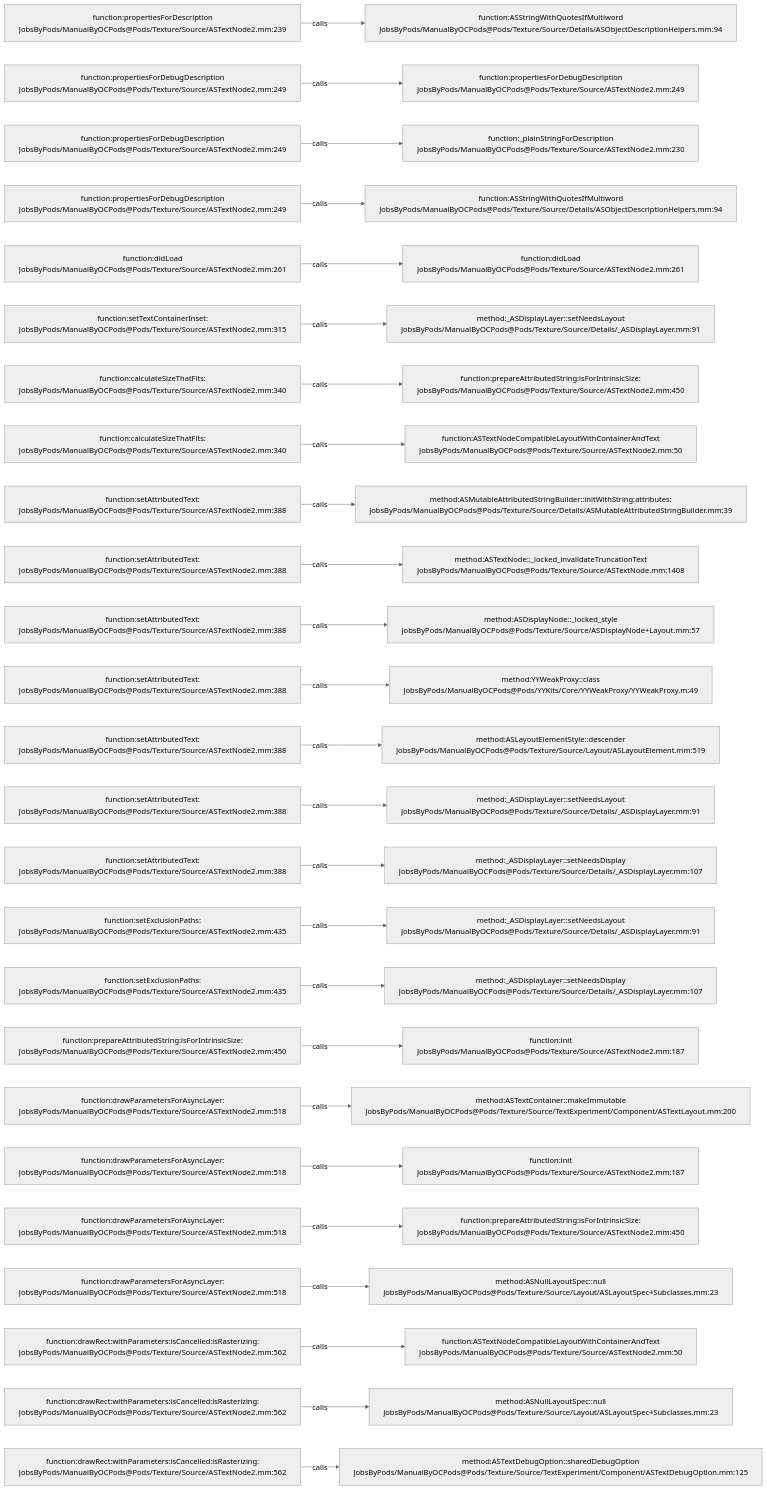
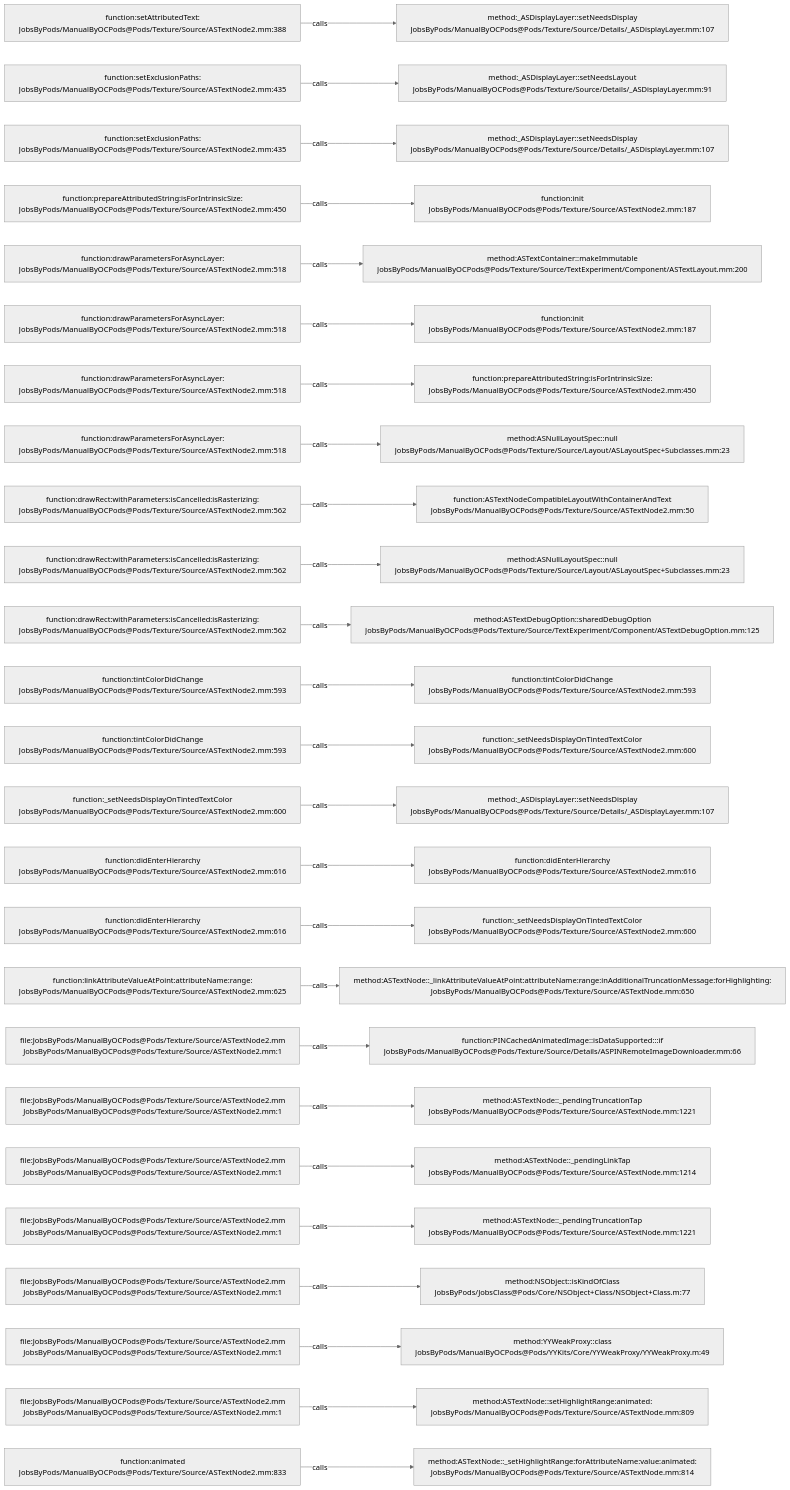
One commit to JobsKits/JobsOCBaseConfigDemo changed the diagram in .codegraph/codegraph.md/graphs/calls-141.md. Above: the diagram before and after it, drawn with Mermaid (neutral theme). The commit also changed 296 other files, not shown here.

````diff
--- a/.codegraph/codegraph.md/graphs/calls-141.md
+++ b/.codegraph/codegraph.md/graphs/calls-141.md
@@ -13,78 +13,78 @@
 ```mermaid
 flowchart LR
-  S1["function:propertiesForDescription<br/>JobsByPods/ManualByOCPods@Pods/Texture/Source/ASTextNode2.mm:239"]
-  T1["function:ASStringWithQuotesIfMultiword<br/>JobsByPods/ManualByOCPods@Pods/Texture/Source/Details/ASObjectDescriptionHelpers.mm:94"]
+  S1["function:setAttributedText:<br/>JobsByPods/ManualByOCPods@Pods/Texture/Source/ASTextNode2.mm:388"]
+  T1["method:_ASDisplayLayer::setNeedsDisplay<br/>JobsByPods/ManualByOCPods@Pods/Texture/Source/Details/_ASDisplayLayer.mm:107"]
   S1 -->|calls| T1
-  S2["function:propertiesForDebugDescription<br/>JobsByPods/ManualByOCPods@Pods/Texture/Source/ASTextNode2.mm:249"]
-  T2["function:propertiesForDebugDescription<br/>JobsByPods/ManualByOCPods@Pods/Texture/Source/ASTextNode2.mm:249"]
+  S2["function:setExclusionPaths:<br/>JobsByPods/ManualByOCPods@Pods/Texture/Source/ASTextNode2.mm:435"]
+  T2["method:_ASDisplayLayer::setNeedsLayout<br/>JobsByPods/ManualByOCPods@Pods/Texture/Source/Details/_ASDisplayLayer.mm:91"]
   S2 -->|calls| T2
-  S3["function:propertiesForDebugDescription<br/>JobsByPods/ManualByOCPods@Pods/Texture/Source/ASTextNode2.mm:249"]
-  T3["function:_plainStringForDescription<br/>JobsByPods/ManualByOCPods@Pods/Texture/Source/ASTextNode2.mm:230"]
+  S3["function:setExclusionPaths:<br/>JobsByPods/ManualByOCPods@Pods/Texture/Source/ASTextNode2.mm:435"]
+  T3["method:_ASDisplayLayer::setNeedsDisplay<br/>JobsByPods/ManualByOCPods@Pods/Texture/Source/Details/_ASDisplayLayer.mm:107"]
   S3 -->|calls| T3
-  S4["function:propertiesForDebugDescription<br/>JobsByPods/ManualByOCPods@Pods/Texture/Source/ASTextNode2.mm:249"]
-  T4["function:ASStringWithQuotesIfMultiword<br/>JobsByPods/ManualByOCPods@Pods/Texture/Source/Details/ASObjectDescriptionHelpers.mm:94"]
+  S4["function:prepareAttributedString:isForIntrinsicSize:<br/>JobsByPods/ManualByOCPods@Pods/Texture/Source/ASTextNode2.mm:450"]
+  T4["function:init<br/>JobsByPods/ManualByOCPods@Pods/Texture/Source/ASTextNode2.mm:187"]
   S4 -->|calls| T4
-  S5["function:didLoad<br/>JobsByPods/ManualByOCPods@Pods/Texture/Source/ASTextNode2.mm:261"]
-  T5["function:didLoad<br/>JobsByPods/ManualByOCPods@Pods/Texture/Source/ASTextNode2.mm:261"]
+  S5["function:drawParametersForAsyncLayer:<br/>JobsByPods/ManualByOCPods@Pods/Texture/Source/ASTextNode2.mm:518"]
+  T5["method:ASTextContainer::makeImmutable<br/>JobsByPods/ManualByOCPods@Pods/Texture/Source/TextExperiment/Component/ASTextLayout.mm:200"]
   S5 -->|calls| T5
-  S6["function:setTextContainerInset:<br/>JobsByPods/ManualByOCPods@Pods/Texture/Source/ASTextNode2.mm:315"]
-  T6["method:_ASDisplayLayer::setNeedsLayout<br/>JobsByPods/ManualByOCPods@Pods/Texture/Source/Details/_ASDisplayLayer.mm:91"]
+  S6["function:drawParametersForAsyncLayer:<br/>JobsByPods/ManualByOCPods@Pods/Texture/Source/ASTextNode2.mm:518"]
+  T6["function:init<br/>JobsByPods/ManualByOCPods@Pods/Texture/Source/ASTextNode2.mm:187"]
   S6 -->|calls| T6
-  S7["function:calculateSizeThatFits:<br/>JobsByPods/ManualByOCPods@Pods/Texture/Source/ASTextNode2.mm:340"]
+  S7["function:drawParametersForAsyncLayer:<br/>JobsByPods/ManualByOCPods@Pods/Texture/Source/ASTextNode2.mm:518"]
   T7["function:prepareAttributedString:isForIntrinsicSize:<br/>JobsByPods/ManualByOCPods@Pods/Texture/Source/ASTextNode2.mm:450"]
   S7 -->|calls| T7
-  S8["function:calculateSizeThatFits:<br/>JobsByPods/ManualByOCPods@Pods/Texture/Source/ASTextNode2.mm:340"]
-  T8["function:ASTextNodeCompatibleLayoutWithContainerAndText<br/>JobsByPods/ManualByOCPods@Pods/Texture/Source/ASTextNode2.mm:50"]
+  S8["function:drawParametersForAsyncLayer:<br/>JobsByPods/ManualByOCPods@Pods/Texture/Source/ASTextNode2.mm:518"]
+  T8["method:ASNullLayoutSpec::null<br/>JobsByPods/ManualByOCPods@Pods/Texture/Source/Layout/ASLayoutSpec+Subclasses.mm:23"]
   S8 -->|calls| T8
-  S9["function:setAttributedText:<br/>JobsByPods/ManualByOCPods@Pods/Texture/Source/ASTextNode2.mm:388"]
-  T9["method:ASMutableAttributedStringBuilder::initWithString:attributes:<br/>JobsByPods/ManualByOCPods@Pods/Texture/Source/Details/ASMutableAttributedStringBuilder.mm:39"]
+  S9["function:drawRect:withParameters:isCancelled:isRasterizing:<br/>JobsByPods/ManualByOCPods@Pods/Texture/Source/ASTextNode2.mm:562"]
+  T9["function:ASTextNodeCompatibleLayoutWithContainerAndText<br/>JobsByPods/ManualByOCPods@Pods/Texture/Source/ASTextNode2.mm:50"]
   S9 -->|calls| T9
-  S10["function:setAttributedText:<br/>JobsByPods/ManualByOCPods@Pods/Texture/Source/ASTextNode2.mm:388"]
-  T10["method:ASTextNode::_locked_invalidateTruncationText<br/>JobsByPods/ManualByOCPods@Pods/Texture/Source/ASTextNode.mm:1408"]
+  S10["function:drawRect:withParameters:isCancelled:isRasterizing:<br/>JobsByPods/ManualByOCPods@Pods/Texture/Source/ASTextNode2.mm:562"]
+  T10["method:ASNullLayoutSpec::null<br/>JobsByPods/ManualByOCPods@Pods/Texture/Source/Layout/ASLayoutSpec+Subclasses.mm:23"]
   S10 -->|calls| T10
-  S11["function:setAttributedText:<br/>JobsByPods/ManualByOCPods@Pods/Texture/Source/ASTextNode2.mm:388"]
-  T11["method:ASDisplayNode::_locked_style<br/>JobsByPods/ManualByOCPods@Pods/Texture/Source/ASDisplayNode+Layout.mm:57"]
+  S11["function:drawRect:withParameters:isCancelled:isRasterizing:<br/>JobsByPods/ManualByOCPods@Pods/Texture/Source/ASTextNode2.mm:562"]
+  T11["method:ASTextDebugOption::sharedDebugOption<br/>JobsByPods/ManualByOCPods@Pods/Texture/Source/TextExperiment/Component/ASTextDebugOption.mm:125"]
   S11 -->|calls| T11
-  S12["function:setAttributedText:<br/>JobsByPods/ManualByOCPods@Pods/Texture/Source/ASTextNode2.mm:388"]
-  T12["method:YYWeakProxy::class<br/>JobsByPods/ManualByOCPods@Pods/YYKits/Core/YYWeakProxy/YYWeakProxy.m:49"]
+  S12["function:tintColorDidChange<br/>JobsByPods/ManualByOCPods@Pods/Texture/Source/ASTextNode2.mm:593"]
+  T12["function:tintColorDidChange<br/>JobsByPods/ManualByOCPods@Pods/Texture/Source/ASTextNode2.mm:593"]
   S12 -->|calls| T12
-  S13["function:setAttributedText:<br/>JobsByPods/ManualByOCPods@Pods/Texture/Source/ASTextNode2.mm:388"]
-  T13["method:ASLayoutElementStyle::descender<br/>JobsByPods/ManualByOCPods@Pods/Texture/Source/Layout/ASLayoutElement.mm:519"]
+  S13["function:tintColorDidChange<br/>JobsByPods/ManualByOCPods@Pods/Texture/Source/ASTextNode2.mm:593"]
+  T13["function:_setNeedsDisplayOnTintedTextColor<br/>JobsByPods/ManualByOCPods@Pods/Texture/Source/ASTextNode2.mm:600"]
   S13 -->|calls| T13
-  S14["function:setAttributedText:<br/>JobsByPods/ManualByOCPods@Pods/Texture/Source/ASTextNode2.mm:388"]
-  T14["method:_ASDisplayLayer::setNeedsLayout<br/>JobsByPods/ManualByOCPods@Pods/Texture/Source/Details/_ASDisplayLayer.mm:91"]
+  S14["function:_setNeedsDisplayOnTintedTextColor<br/>JobsByPods/ManualByOCPods@Pods/Texture/Source/ASTextNode2.mm:600"]
+  T14["method:_ASDisplayLayer::setNeedsDisplay<br/>JobsByPods/ManualByOCPods@Pods/Texture/Source/Details/_ASDisplayLayer.mm:107"]
   S14 -->|calls| T14
-  S15["function:setAttributedText:<br/>JobsByPods/ManualByOCPods@Pods/Texture/Source/ASTextNode2.mm:388"]
-  T15["method:_ASDisplayLayer::setNeedsDisplay<br/>JobsByPods/ManualByOCPods@Pods/Texture/Source/Details/_ASDisplayLayer.mm:107"]
+  S15["function:didEnterHierarchy<br/>JobsByPods/ManualByOCPods@Pods/Texture/Source/ASTextNode2.mm:616"]
+  T15["function:didEnterHierarchy<br/>JobsByPods/ManualByOCPods@Pods/Texture/Source/ASTextNode2.mm:616"]
   S15 -->|calls| T15
-  S16["function:setExclusionPaths:<br/>JobsByPods/ManualByOCPods@Pods/Texture/Source/ASTextNode2.mm:435"]
-  T16["method:_ASDisplayLayer::setNeedsLayout<br/>JobsByPods/ManualByOCPods@Pods/Texture/Source/Details/_ASDisplayLayer.mm:91"]
+  S16["function:didEnterHierarchy<br/>JobsByPods/ManualByOCPods@Pods/Texture/Source/ASTextNode2.mm:616"]
+  T16["function:_setNeedsDisplayOnTintedTextColor<br/>JobsByPods/ManualByOCPods@Pods/Texture/Source/ASTextNode2.mm:600"]
   S16 -->|calls| T16
-  S17["function:setExclusionPaths:<br/>JobsByPods/ManualByOCPods@Pods/Texture/Source/ASTextNode2.mm:435"]
-  T17["method:_ASDisplayLayer::setNeedsDisplay<br/>JobsByPods/ManualByOCPods@Pods/Texture/Source/Details/_ASDisplayLayer.mm:107"]
+  S17["function:linkAttributeValueAtPoint:attributeName:range:<br/>JobsByPods/ManualByOCPods@Pods/Texture/Source/ASTextNode2.mm:625"]
+  T17["method:ASTextNode::_linkAttributeValueAtPoint:attributeName:range:inAdditionalTruncationMessage:forHighlighting:<br/>JobsByPods/ManualByOCPods@Pods/Texture/Source/ASTextNode.mm:650"]
   S17 -->|calls| T17
-  S18["function:prepareAttributedString:isForIntrinsicSize:<br/>JobsByPods/ManualByOCPods@Pods/Texture/Source/ASTextNode2.mm:450"]
-  T18["function:init<br/>JobsByPods/ManualByOCPods@Pods/Texture/Source/ASTextNode2.mm:187"]
+  S18["file:JobsByPods/ManualByOCPods@Pods/Texture/Source/ASTextNode2.mm<br/>JobsByPods/ManualByOCPods@Pods/Texture/Source/ASTextNode2.mm:1"]
+  T18["function:PINCachedAnimatedImage::isDataSupported:::if<br/>JobsByPods/ManualByOCPods@Pods/Texture/Source/Details/ASPINRemoteImageDownloader.mm:66"]
   S18 -->|calls| T18
-  S19["function:drawParametersForAsyncLayer:<br/>JobsByPods/ManualByOCPods@Pods/Texture/Source/ASTextNode2.mm:518"]
-  T19["method:ASTextContainer::makeImmutable<br/>JobsByPods/ManualByOCPods@Pods/Texture/Source/TextExperiment/Component/ASTextLayout.mm:200"]
+  S19["file:JobsByPods/ManualByOCPods@Pods/Texture/Source/ASTextNode2.mm<br/>JobsByPods/ManualByOCPods@Pods/Texture/Source/ASTextNode2.mm:1"]
+  T19["method:ASTextNode::_pendingTruncationTap<br/>JobsByPods/ManualByOCPods@Pods/Texture/Source/ASTextNode.mm:1221"]
   S19 -->|calls| T19
-  S20["function:drawParametersForAsyncLayer:<br/>JobsByPods/ManualByOCPods@Pods/Texture/Source/ASTextNode2.mm:518"]
-  T20["function:init<br/>JobsByPods/ManualByOCPods@Pods/Texture/Source/ASTextNode2.mm:187"]
+  S20["file:JobsByPods/ManualByOCPods@Pods/Texture/Source/ASTextNode2.mm<br/>JobsByPods/ManualByOCPods@Pods/Texture/Source/ASTextNode2.mm:1"]
+  T20["method:ASTextNode::_pendingLinkTap<br/>JobsByPods/ManualByOCPods@Pods/Texture/Source/ASTextNode.mm:1214"]
   S20 -->|calls| T20
-  S21["function:drawParametersForAsyncLayer:<br/>JobsByPods/ManualByOCPods@Pods/Texture/Source/ASTextNode2.mm:518"]
-  T21["function:prepareAttributedString:isForIntrinsicSize:<br/>JobsByPods/ManualByOCPods@Pods/Texture/Source/ASTextNode2.mm:450"]
+  S21["file:JobsByPods/ManualByOCPods@Pods/Texture/Source/ASTextNode2.mm<br/>JobsByPods/ManualByOCPods@Pods/Texture/Source/ASTextNode2.mm:1"]
+  T21["method:ASTextNode::_pendingTruncationTap<br/>JobsByPods/ManualByOCPods@Pods/Texture/Source/ASTextNode.mm:1221"]
   S21 -->|calls| T21
-  S22["function:drawParametersForAsyncLayer:<br/>JobsByPods/ManualByOCPods@Pods/Texture/Source/ASTextNode2.mm:518"]
-  T22["method:ASNullLayoutSpec::null<br/>JobsByPods/ManualByOCPods@Pods/Texture/Source/Layout/ASLayoutSpec+Subclasses.mm:23"]
+  S22["file:JobsByPods/ManualByOCPods@Pods/Texture/Source/ASTextNode2.mm<br/>JobsByPods/ManualByOCPods@Pods/Texture/Source/ASTextNode2.mm:1"]
+  T22["method:NSObject::isKindOfClass<br/>JobsByPods/JobsClass@Pods/Core/NSObject+Class/NSObject+Class.m:77"]
   S22 -->|calls| T22
-  S23["function:drawRect:withParameters:isCancelled:isRasterizing:<br/>JobsByPods/ManualByOCPods@Pods/Texture/Source/ASTextNode2.mm:562"]
-  T23["function:ASTextNodeCompatibleLayoutWithContainerAndText<br/>JobsByPods/ManualByOCPods@Pods/Texture/Source/ASTextNode2.mm:50"]
+  S23["file:JobsByPods/ManualByOCPods@Pods/Texture/Source/ASTextNode2.mm<br/>JobsByPods/ManualByOCPods@Pods/Texture/Source/ASTextNode2.mm:1"]
+  T23["method:YYWeakProxy::class<br/>JobsByPods/ManualByOCPods@Pods/YYKits/Core/YYWeakProxy/YYWeakProxy.m:49"]
   S23 -->|calls| T23
-  S24["function:drawRect:withParameters:isCancelled:isRasterizing:<br/>JobsByPods/ManualByOCPods@Pods/Texture/Source/ASTextNode2.mm:562"]
-  T24["method:ASNullLayoutSpec::null<br/>JobsByPods/ManualByOCPods@Pods/Texture/Source/Layout/ASLayoutSpec+Subclasses.mm:23"]
+  S24["file:JobsByPods/ManualByOCPods@Pods/Texture/Source/ASTextNode2.mm<br/>JobsByPods/ManualByOCPods@Pods/Texture/Source/ASTextNode2.mm:1"]
+  T24["method:ASTextNode::setHighlightRange:animated:<br/>JobsByPods/ManualByOCPods@Pods/Texture/Source/ASTextNode.mm:809"]
   S24 -->|calls| T24
-  S25["function:drawRect:withParameters:isCancelled:isRasterizing:<br/>JobsByPods/ManualByOCPods@Pods/Texture/Source/ASTextNode2.mm:562"]
-  T25["method:ASTextDebugOption::sharedDebugOption<br/>JobsByPods/ManualByOCPods@Pods/Texture/Source/TextExperiment/Component/ASTextDebugOption.mm:125"]
+  S25["function:animated<br/>JobsByPods/ManualByOCPods@Pods/Texture/Source/ASTextNode2.mm:833"]
+  T25["method:ASTextNode::_setHighlightRange:forAttributeName:value:animated:<br/>JobsByPods/ManualByOCPods@Pods/Texture/Source/ASTextNode.mm:814"]
   S25 -->|calls| T25
 ```
````
